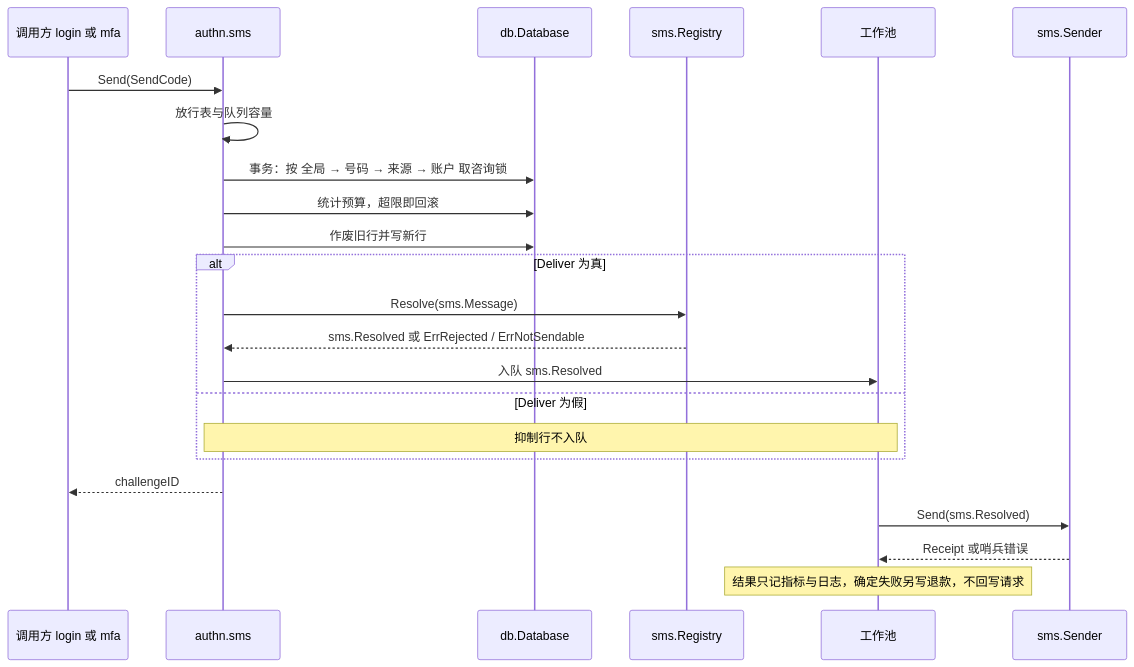
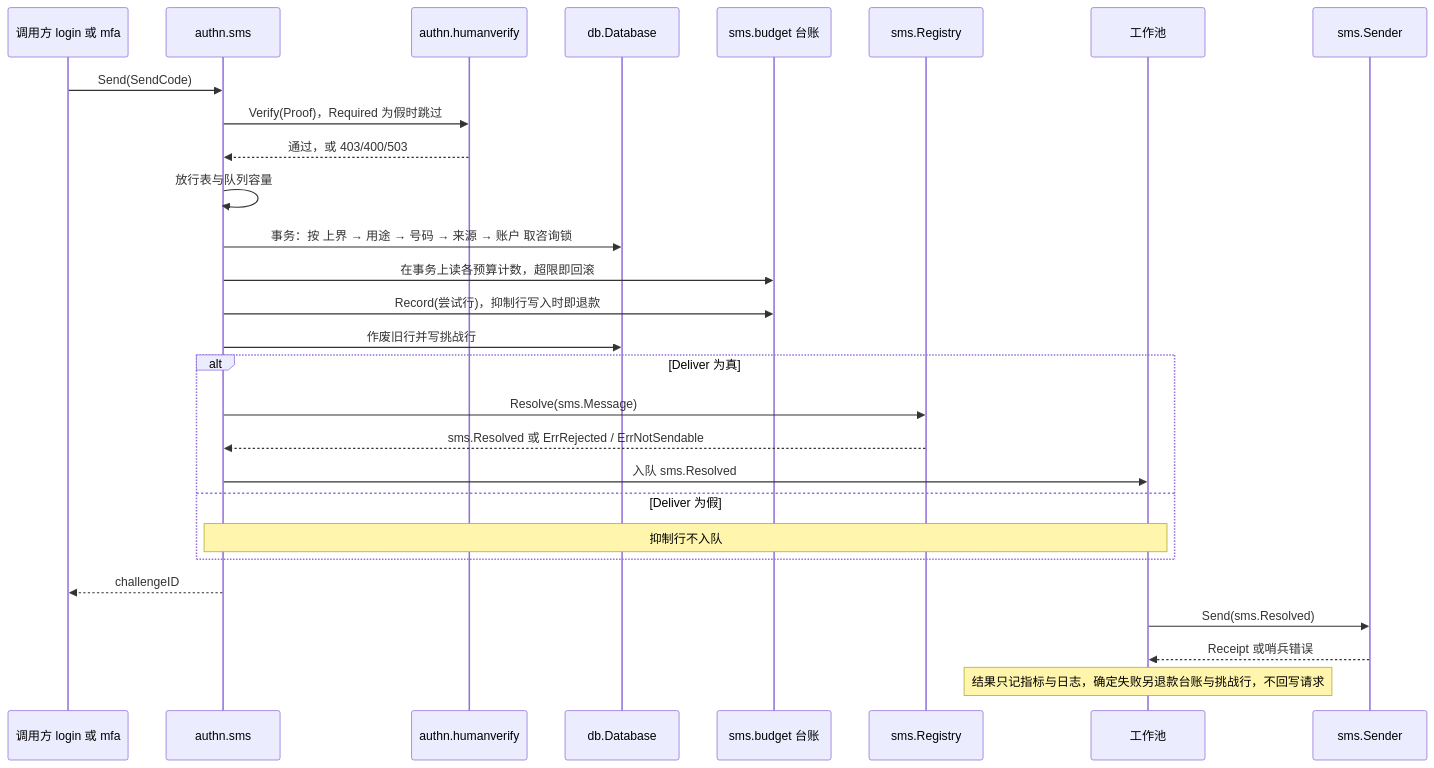
The second of 4 diagrams in docs/design/modules/authn/design-authn-sms.md (wangzw/speed), drawn with Mermaid before and after one commit. The commit also changed other lines of this file and 19 other files, not shown here.

First line of the commit message:
docs(repo): record the SMS abuse redesign

````diff
--- a/docs/design/modules/authn/design-authn-sms.md
+++ b/docs/design/modules/authn/design-authn-sms.md
@@ -203,25 +236,30 @@
 ```mermaid
 sequenceDiagram
     participant C as 调用方 login 或 mfa
     participant S as authn.sms
+    participant H as authn.humanverify
     participant D as db.Database
+    participant L as sms.budget 台账
     participant R as sms.Registry
     participant P as 工作池
     participant V as sms.Sender
     C->>S: Send(SendCode)
+    S->>H: Verify(Proof)，Required 为假时跳过
+    H-->>S: 通过，或 403/400/503
     S->>S: 放行表与队列容量
-    S->>D: 事务：按 全局 → 号码 → 来源 → 账户 取咨询锁
-    S->>D: 统计预算，超限即回滚
-    S->>D: 作废旧行并写新行
+    S->>D: 事务：按 上界 → 用途 → 号码 → 来源 → 账户 取咨询锁
+    S->>L: 在事务上读各预算计数，超限即回滚
+    S->>L: Record(尝试行)，抑制行写入时即退款
+    S->>D: 作废旧行并写挑战行
     alt Deliver 为真
         S->>R: Resolve(sms.Message)
         R-->>S: sms.Resolved 或 ErrRejected / ErrNotSendable
         S->>P: 入队 sms.Resolved
     else Deliver 为假
         Note over S,P: 抑制行不入队
     end
     S-->>C: challengeID
     P->>V: Send(sms.Resolved)
     V-->>P: Receipt 或哨兵错误
-    Note over P: 结果只记指标与日志，确定失败另写退款，不回写请求
+    Note over P: 结果只记指标与日志，确定失败另退款台账与挑战行，不回写请求
 ```
````
